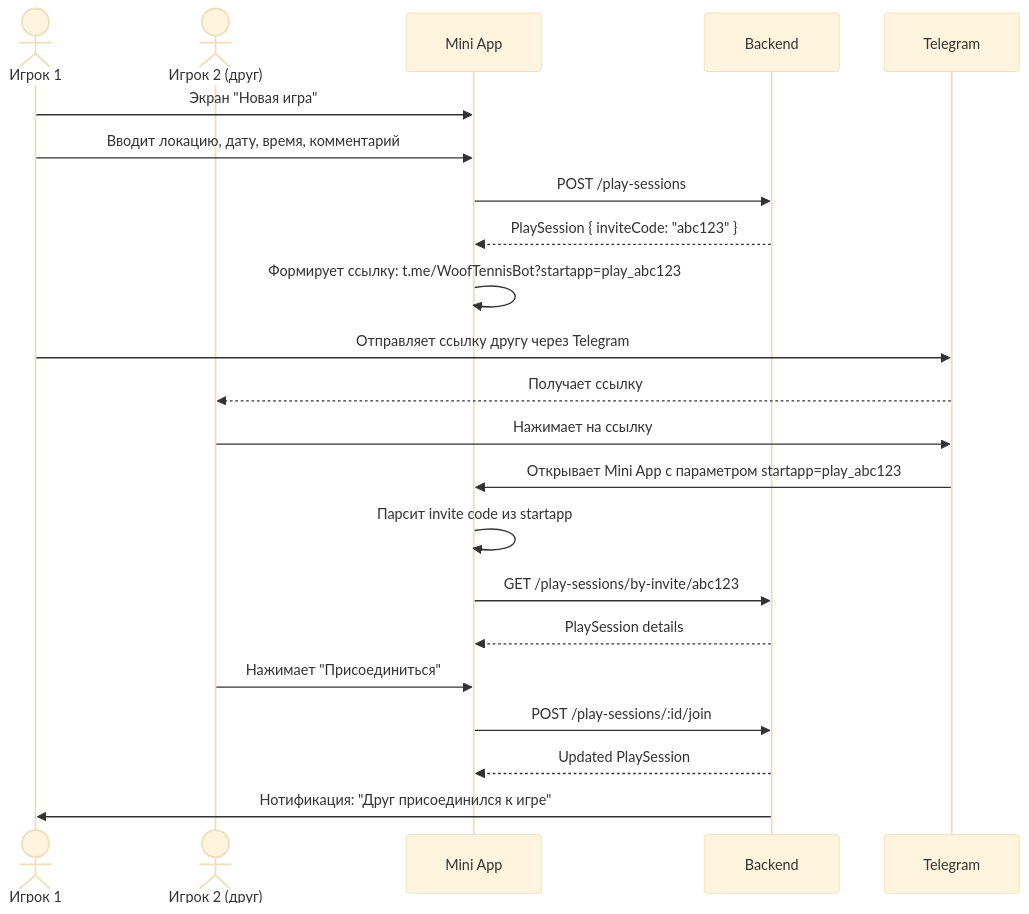
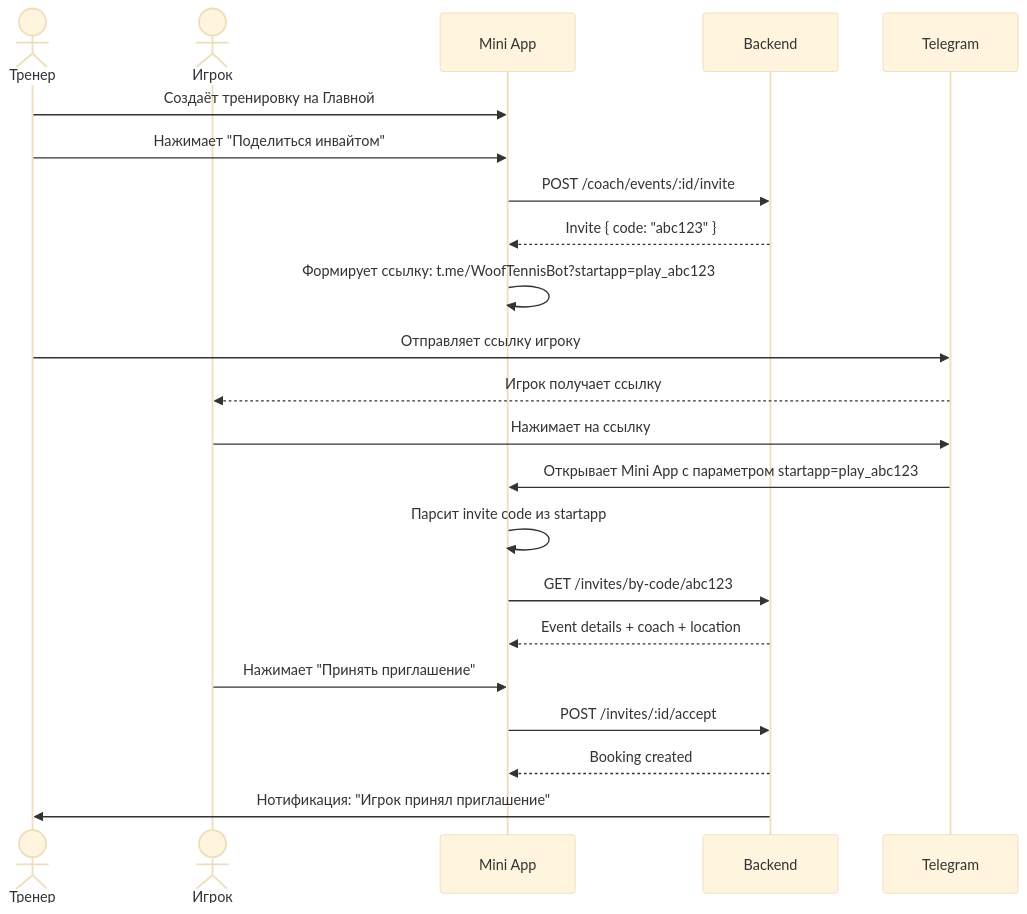
The sixth of 11 diagrams in docs/04-user-flows.md (maxism/woof-tennis), drawn with Mermaid (base theme) before and after one commit. The commit also changed other lines of this file and 36 other files, not shown here.

````diff
--- a/docs/04-user-flows.md
+++ b/docs/04-user-flows.md
@@ -151,29 +146,29 @@
 ```mermaid
 sequenceDiagram
-    actor P1 as Игрок 1
-    actor P2 as Игрок 2 (друг)
+    actor C as Тренер
+    actor P as Игрок
     participant MA as Mini App
     participant API as Backend
     participant TG as Telegram
 
-    P1->>MA: Экран "Новая игра"
-    P1->>MA: Вводит локацию, дату, время, комментарий
-    MA->>API: POST /play-sessions
-    API-->>MA: PlaySession { inviteCode: "abc123" }
+    C->>MA: Создаёт тренировку на Главной
+    C->>MA: Нажимает "Поделиться инвайтом"
+    MA->>API: POST /coach/events/:id/invite
+    API-->>MA: Invite { code: "abc123" }
     MA->>MA: Формирует ссылку: t.me/WoofTennisBot?startapp=play_abc123
 
-    P1->>TG: Отправляет ссылку другу через Telegram
-    TG-->>P2: Получает ссылку
+    C->>TG: Отправляет ссылку игроку
+    TG-->>P: Игрок получает ссылку
 
-    P2->>TG: Нажимает на ссылку
+    P->>TG: Нажимает на ссылку
     TG->>MA: Открывает Mini App с параметром startapp=play_abc123
     MA->>MA: Парсит invite code из startapp
-    MA->>API: GET /play-sessions/by-invite/abc123
-    API-->>MA: PlaySession details
+    MA->>API: GET /invites/by-code/abc123
+    API-->>MA: Event details + coach + location
 
-    P2->>MA: Нажимает "Присоединиться"
-    MA->>API: POST /play-sessions/:id/join
-    API-->>MA: Updated PlaySession
+    P->>MA: Нажимает "Принять приглашение"
+    MA->>API: POST /invites/:id/accept
+    API-->>MA: Booking created
 
-    API->>P1: Нотификация: "Друг присоединился к игре"
+    API->>C: Нотификация: "Игрок принял приглашение"
 ```
````
